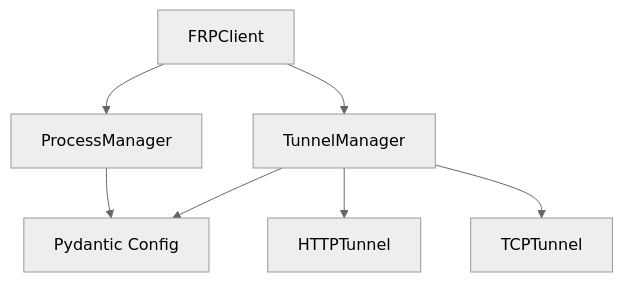
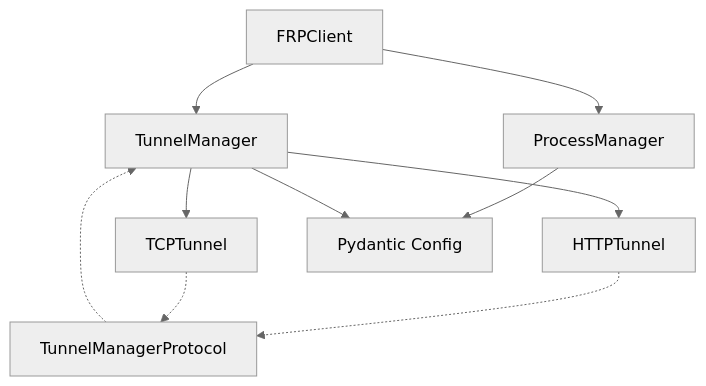
The diagram in docs/architecture/domain-model.md (cagojeiger/cli-frp), drawn with Mermaid (neutral theme) before and after one commit. The commit also changed other lines of this file and 12 other files, not shown here.

````diff
--- a/docs/architecture/domain-model.md
+++ b/docs/architecture/domain-model.md
@@ -7,9 +7,14 @@
 ```mermaid
 graph TD
     Client[FRPClient] --> ProcessManager[ProcessManager]
     Client --> TunnelManager[TunnelManager]
     TunnelManager --> HTTPTunnel[HTTPTunnel]
     TunnelManager --> TCPTunnel[TCPTunnel]
     ProcessManager --> Config[Pydantic Config]
     TunnelManager --> Config
+
+    %% Protocol 패턴으로 순환 의존성 해결
+    HTTPTunnel -.-> Protocol[TunnelManagerProtocol]
+    TCPTunnel -.-> Protocol
+    Protocol -.-> TunnelManager
 ```
````
